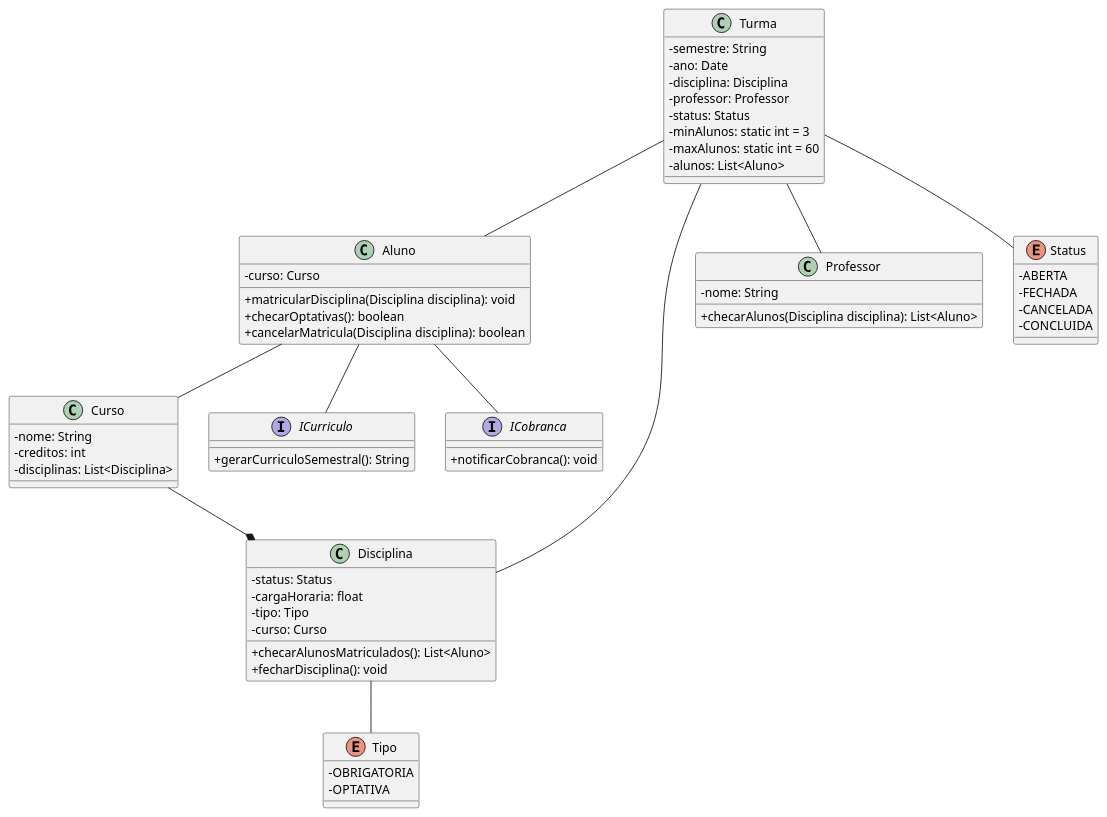
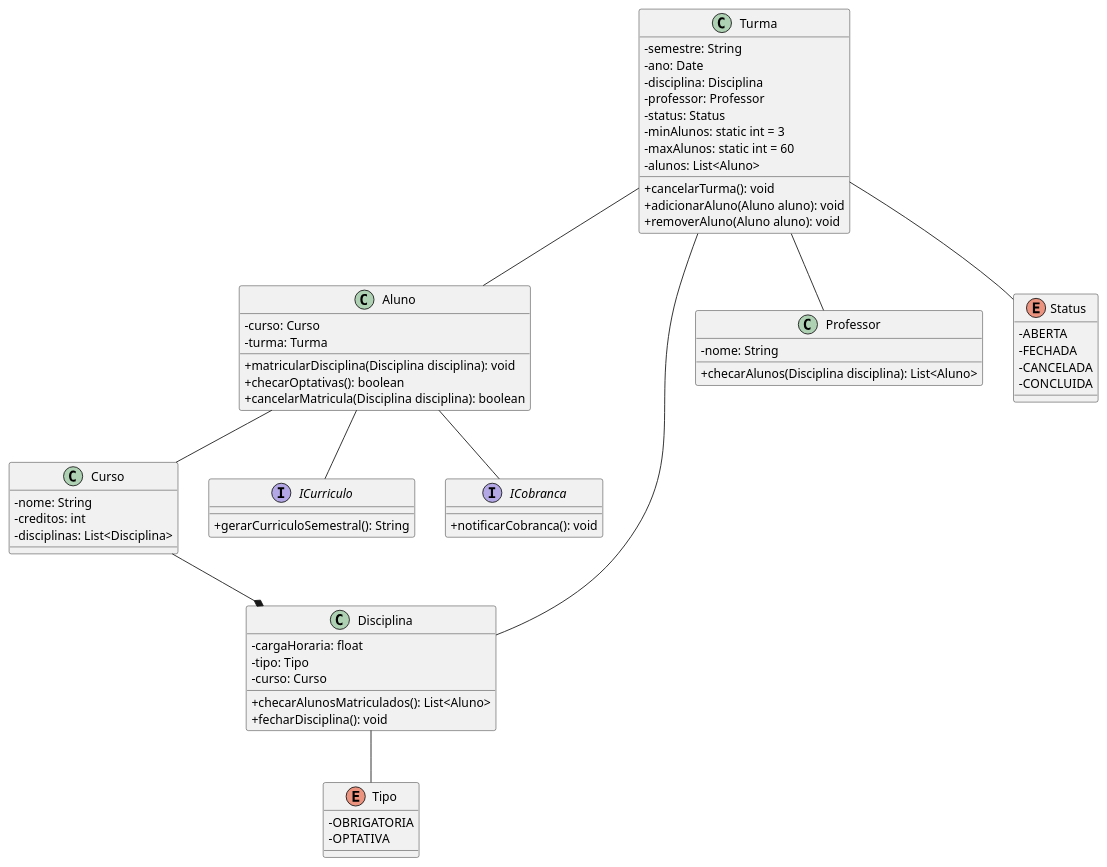
Before and after one commit to lucasxae/Enrollment-System: the diagram in Projeto/DiagramaDeClasses.puml, drawn with PlantUML.

Commit message:
mais correções no diagrama

```diff
--- a/Projeto/DiagramaDeClasses.puml
+++ b/Projeto/DiagramaDeClasses.puml
@@ -1,71 +1,74 @@
 @startuml
 Aluno -- Curso
 Curso --* Disciplina
 Turma -- Professor
 Turma -- Aluno
 Turma -- Disciplina
 Aluno -- ICurriculo
 Aluno -- ICobranca
 Disciplina -- Tipo
 Turma -- Status
 
 class Curso{
     - nome: String
     - creditos: int
     - disciplinas: List<Disciplina> 
 }
 
 interface ICurriculo{
     + gerarCurriculoSemestral(): String
 }
 
 interface ICobranca{
     + notificarCobranca(): void
 }
 
 class Aluno{
     - curso: Curso
+    - turma: Turma
     + matricularDisciplina(Disciplina disciplina): void
     + checarOptativas(): boolean
     + cancelarMatricula(Disciplina disciplina): boolean
 }
 
 class Professor{
     - nome: String
     + checarAlunos(Disciplina disciplina): List<Aluno>
 }
 
 class Disciplina {
-    - status: Status
     - cargaHoraria: float
     - tipo: Tipo
     - curso: Curso
     + checarAlunosMatriculados(): List<Aluno>
     + fecharDisciplina(): void
 }
 
 enum Tipo {
     - OBRIGATORIA
     - OPTATIVA
 }
 
 class Turma {
     - semestre: String
     - ano: Date
     - disciplina: Disciplina
     - professor: Professor
     - status: Status
     - minAlunos: static int = 3
     - maxAlunos: static int = 60
     - alunos: List<Aluno>
+    + cancelarTurma(): void
+    + adicionarAluno(Aluno aluno): void
+    + removerAluno(Aluno aluno): void
 }
 
 enum Status {
     - ABERTA
     - FECHADA
     - CANCELADA
     - CONCLUIDA
 }
 
 skinparam classAttributeIconSize 0
 @enduml
```
